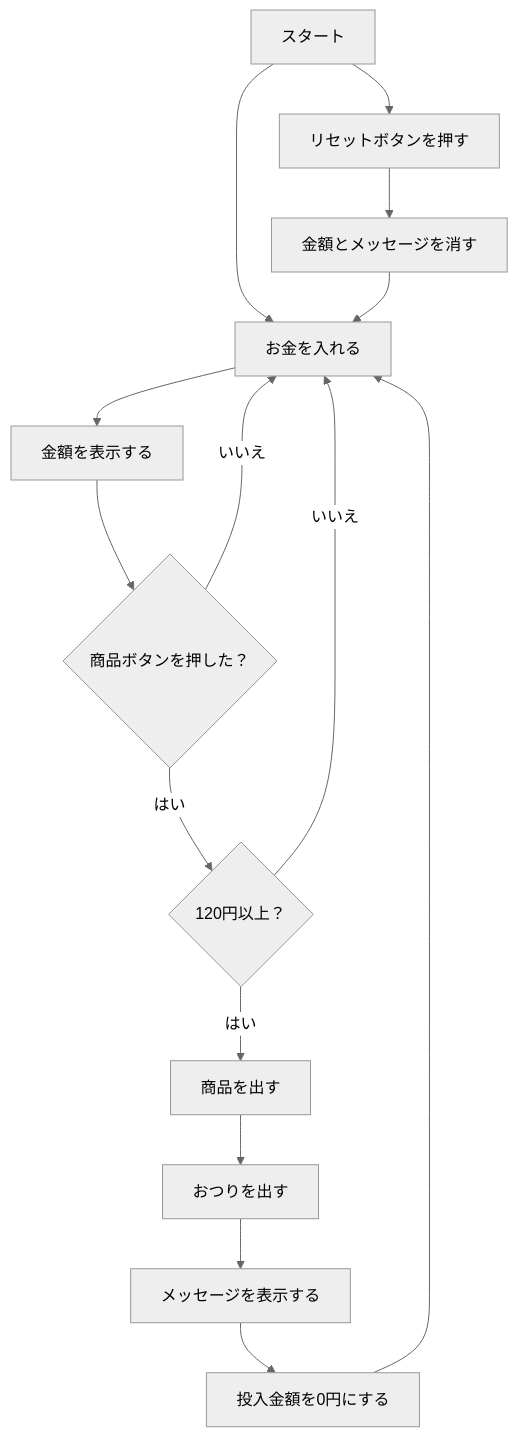
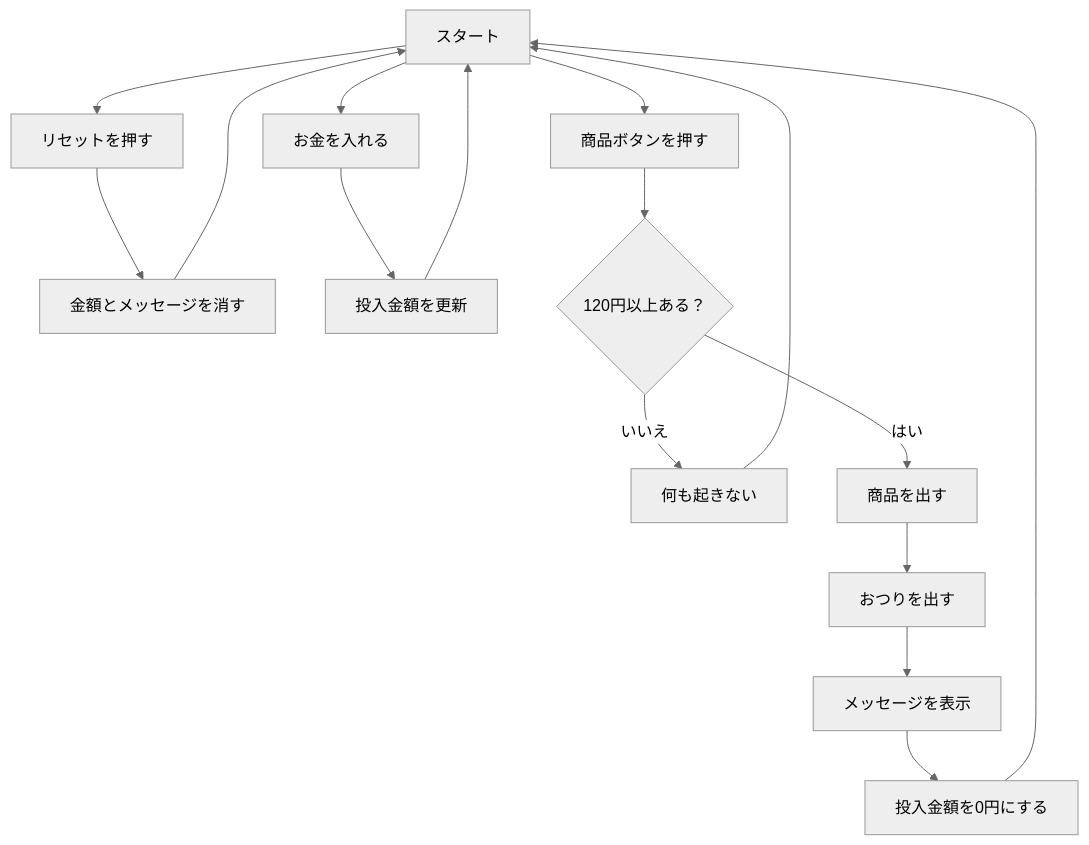
The diagram in vending.md (wtrdr/aoki-mid-school-2025), drawn with Mermaid (neutral theme) before and after one commit.

````diff
--- a/vending.md
+++ b/vending.md
@@ -1,22 +1,29 @@
 ```mermaid
 flowchart TD
-  A[スタート] --> B[お金を入れる]
-  A --> R[リセットボタンを押す]
-  R --> S[金額とメッセージを消す]
-  S --> B
+  Start[スタート]
 
-  B --> C[金額を表示する]
-  C --> D{商品ボタンを押した？}
+  %% 並列で可能なアクション
+  Start --> InsertMoney[お金を入れる]
+  Start --> PressReset[リセットを押す]
+  Start --> PressProduct[商品ボタンを押す]
 
-  D -- いいえ --> B
+  %% リセットの処理
+  PressReset --> ResetAll[金額とメッセージを消す]
+  ResetAll --> Start
 
-  D -- はい --> E{120円以上？}
+  %% お金を入れる処理
+  InsertMoney --> UpdateAmount[投入金額を更新]
+  UpdateAmount --> Start
 
-  E -- いいえ --> B
+  %% 商品ボタン押下処理
+  PressProduct --> EnoughMoney{120円以上ある？}
 
-  E -- はい --> F[商品を出す]
-  F --> G[おつりを出す]
-  G --> H[メッセージを表示する]
-  H --> I[投入金額を0円にする]
-  I --> B
+  EnoughMoney -- いいえ --> NoAction[何も起きない]
+  NoAction --> Start
+
+  EnoughMoney -- はい --> Purchase[商品を出す]
+  Purchase --> ReturnChange[おつりを出す]
+  ReturnChange --> ShowMessage[メッセージを表示]
+  ShowMessage --> ResetAmount[投入金額を0円にする]
+  ResetAmount --> Start
 ```
````
